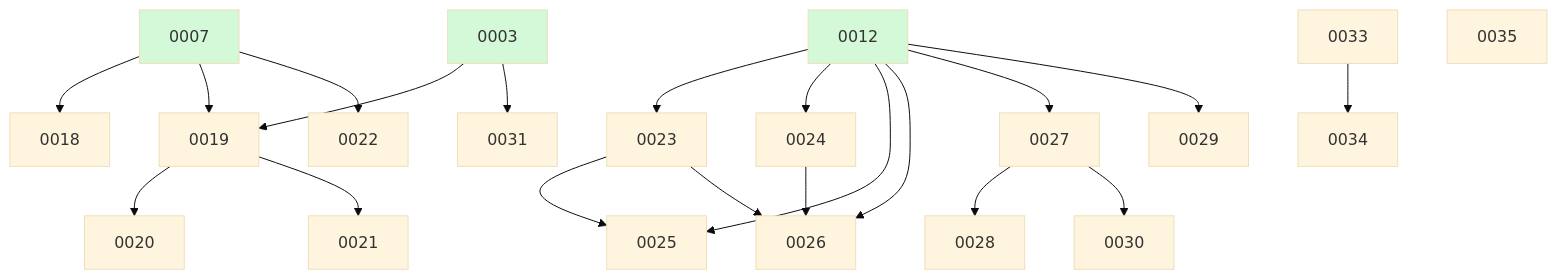
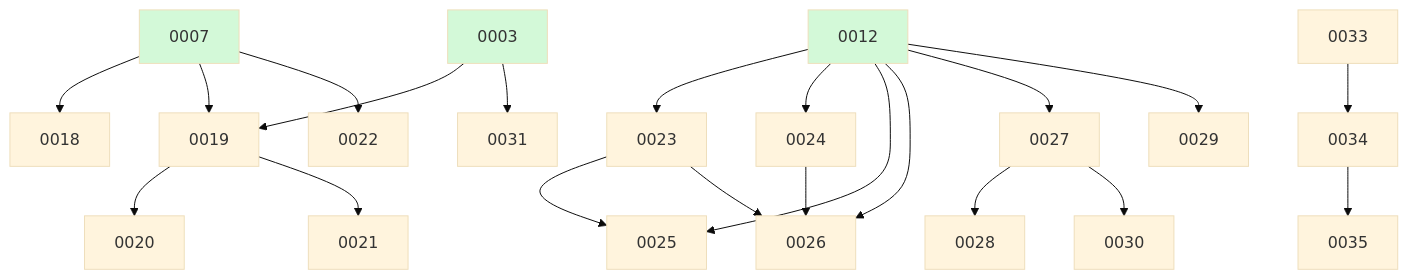
One commit to ethanhinson/fuse changed the diagram in docs/changes/BOARD.md. Above: the diagram before and after it, drawn with Mermaid (base theme). The commit also changed other lines of this file, not shown here.

````diff
--- a/docs/changes/BOARD.md
+++ b/docs/changes/BOARD.md
@@ -32,28 +33,29 @@
 ```mermaid
 graph TD
   0007 --> 0018
   0003 --> 0019
   0007 --> 0019
   0019 --> 0020
   0019 --> 0021
   0007 --> 0022
   0012 --> 0023
   0012 --> 0024
   0012 --> 0025
   0023 --> 0025
   0012 --> 0026
   0023 --> 0026
   0024 --> 0026
   0012 --> 0027
   0027 --> 0028
   0012 --> 0029
   0027 --> 0030
   0003 --> 0031
   0033
   0033 --> 0034
+  0034 --> 0035
   0035
   0003:::done
   0007:::done
   0012:::done
   classDef done fill:#d3f9d8;
 ```
````
